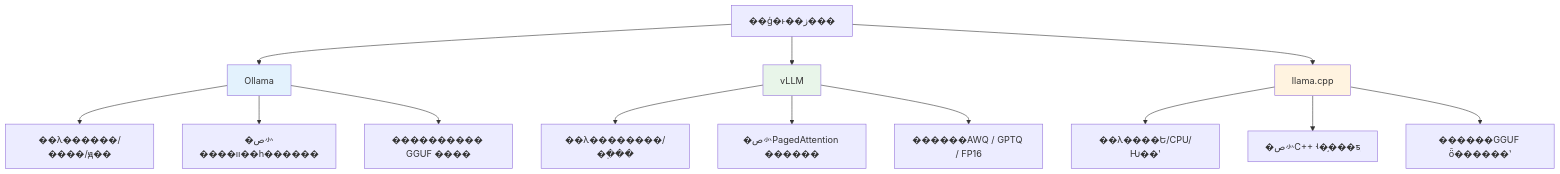
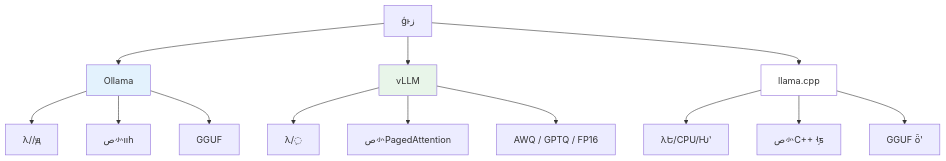
One commit to TimeHunter618/hugo-maid-code changed the second of 9 diagrams in content/post/ai-interview/大模型如何做本地化部署.zh-CN.md. Above: the diagram before and after it, drawn with Mermaid. The commit also changed other lines of this file and 55 other files, not shown here.

````diff
--- a/content/post/ai-interview/大模型如何做本地化部署.zh-CN.md
+++ b/content/post/ai-interview/大模型如何做本地化部署.zh-CN.md
@@ -70,22 +70,22 @@
 ```mermaid
 graph TD
-    A[��ģ�ͱ��ز���] --> B[Ollama]
+    A[ģͱز] --> B[Ollama]
     A --> C[vLLM]
     A --> D[llama.cpp]
 
-    B --> B1[��λ������/����/ԭ��]
-    B --> B2[�ص㣺����װ��һ������]
-    B --> B3[���������� GGUF ����]
+    B --> B1[λ//ԭ]
+    B --> B2[ص㣺װһ]
+    B --> B3[ GGUF ]
 
-    C --> C1[��λ��������/�߲���]
-    C --> C2[�ص㣺PagedAttention ������]
-    C --> C3[������AWQ / GPTQ / FP16]
+    C --> C1[λ/߲]
+    C --> C2[ص㣺PagedAttention ]
+    C --> C3[AWQ / GPTQ / FP16]
 
-    D --> D1[��λ����Ե/CPU/Ƕ��ʽ]
-    D --> D2[�ص㣺C++ ʵ�֣���ƽ̨]
-    D --> D3[������GGUF ȫ������ʽ]
+    D --> D1[λԵ/CPU/Ƕʽ]
+    D --> D2[ص㣺C++ ʵ֣ƽ̨]
+    D --> D3[GGUF ȫʽ]
 
     style B fill:#e3f2fd
     style C fill:#e8f5e9
-    style D fill:#fff3e0
+    style D fill:#f3e0
 ```
````
